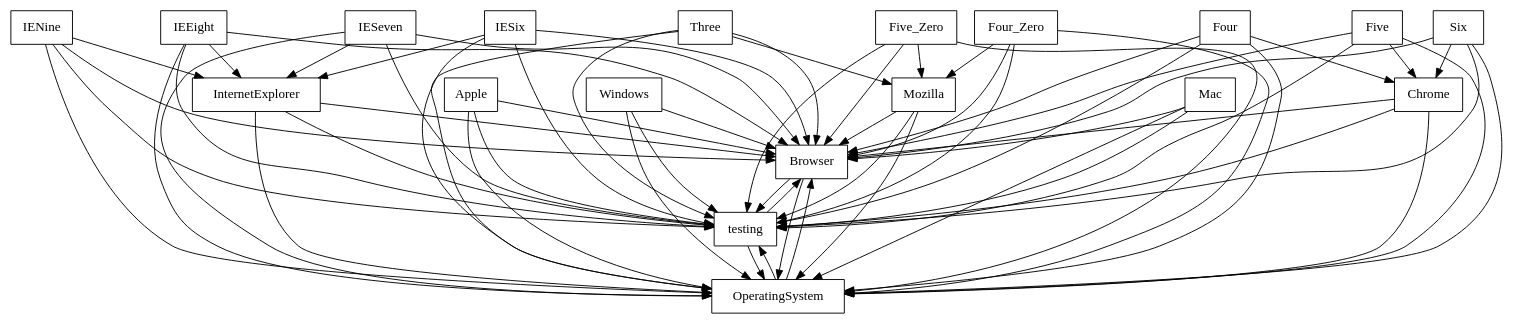
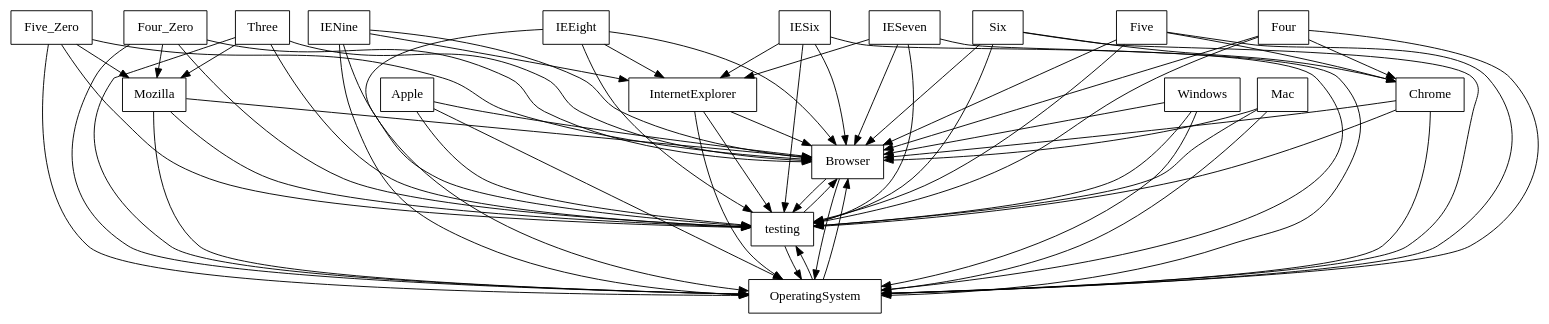
Before and after one commit to FAMILIAR-project/familiar-language: the diagram in FAMILIAR/output/SPLOT-big/fm_177_model_20120710_919309758.xml.dot, drawn with Graphviz. The commit also changed 150 other files, not shown here.

```diff
--- a/FAMILIAR/output/SPLOT-big/fm_177_model_20120710_919309758.xml.dot
+++ b/FAMILIAR/output/SPLOT-big/fm_177_model_20120710_919309758.xml.dot
@@ -1,88 +1,88 @@
 digraph{
 graph [rankdir=TB];
 node [shape=box];
 edge [arrowhead=normal];
 0[label="IENine",]
 1[label="IEEight",]
 2[label="Apple",]
 3[label="InternetExplorer",]
 4[label="Three",]
 5[label="Chrome",]
 6[label="IESeven",]
 7[label="Four",]
 8[label="Windows",]
 9[label="Browser",]
 10[label="Six",]
 11[label="Mac",]
 12[label="Five_Zero",]
 13[label="Mozilla",]
 14[label="IESix",]
 15[label="testing",]
-16[label="Four_Zero",]
-17[label="Five",]
+16[label="Five",]
+17[label="Four_Zero",]
 18[label="OperatingSystem",]
 0->3[label="",]
 0->9[label="",]
 0->15[label="",]
 0->18[label="",]
 1->3[label="",]
 1->9[label="",]
 1->15[label="",]
 1->18[label="",]
 2->9[label="",]
 2->15[label="",]
 2->18[label="",]
 3->9[label="",]
 3->15[label="",]
 3->18[label="",]
 4->9[label="",]
 4->13[label="",]
 4->15[label="",]
 4->18[label="",]
 5->9[label="",]
 5->15[label="",]
 5->18[label="",]
 6->3[label="",]
 6->9[label="",]
 6->15[label="",]
 6->18[label="",]
 7->5[label="",]
 7->9[label="",]
 7->15[label="",]
 7->18[label="",]
 8->9[label="",]
 8->15[label="",]
 8->18[label="",]
 9->15[label="",]
 9->18[label="",]
 10->5[label="",]
 10->9[label="",]
 10->15[label="",]
 10->18[label="",]
 11->9[label="",]
 11->15[label="",]
 11->18[label="",]
 12->9[label="",]
 12->13[label="",]
 12->15[label="",]
 12->18[label="",]
 13->9[label="",]
 13->15[label="",]
 13->18[label="",]
 14->3[label="",]
 14->9[label="",]
 14->15[label="",]
 14->18[label="",]
 15->9[label="",]
 15->18[label="",]
+16->5[label="",]
 16->9[label="",]
-16->13[label="",]
 16->15[label="",]
 16->18[label="",]
-17->5[label="",]
 17->9[label="",]
+17->13[label="",]
 17->15[label="",]
 17->18[label="",]
 18->9[label="",]
 18->15[label="",]
 }
```
